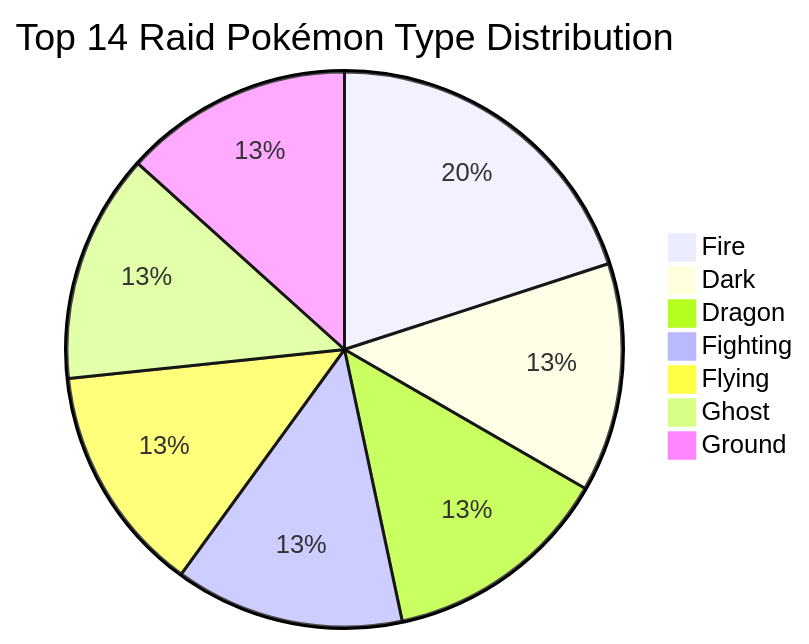
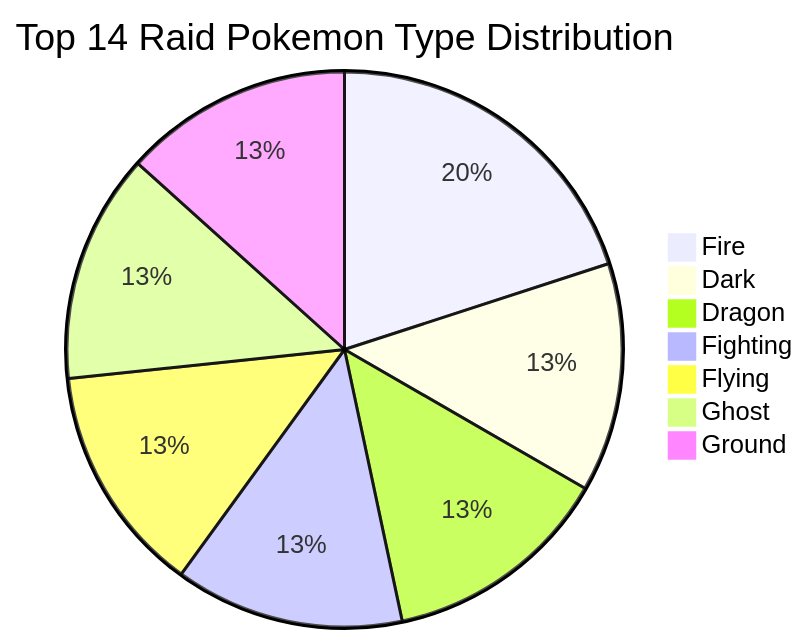
Before and after one commit to austinTracy7/TestingArea: the fourth of 4 diagrams in mermaidTesting.md, drawn with Mermaid.

````diff
--- a/mermaidTesting.md
+++ b/mermaidTesting.md
@@ -25,11 +25,11 @@
 ```mermaid
 pie
-    title Top 14 Raid Pokémon Type Distribution
+    title Top 14 Raid Pokemon Type Distribution
     "Fire": 3
     "Dark": 2 
     "Dragon": 2 
     "Fighting": 2
     "Flying": 2
     "Ghost": 2 
     "Ground": 2 
 ```
````
